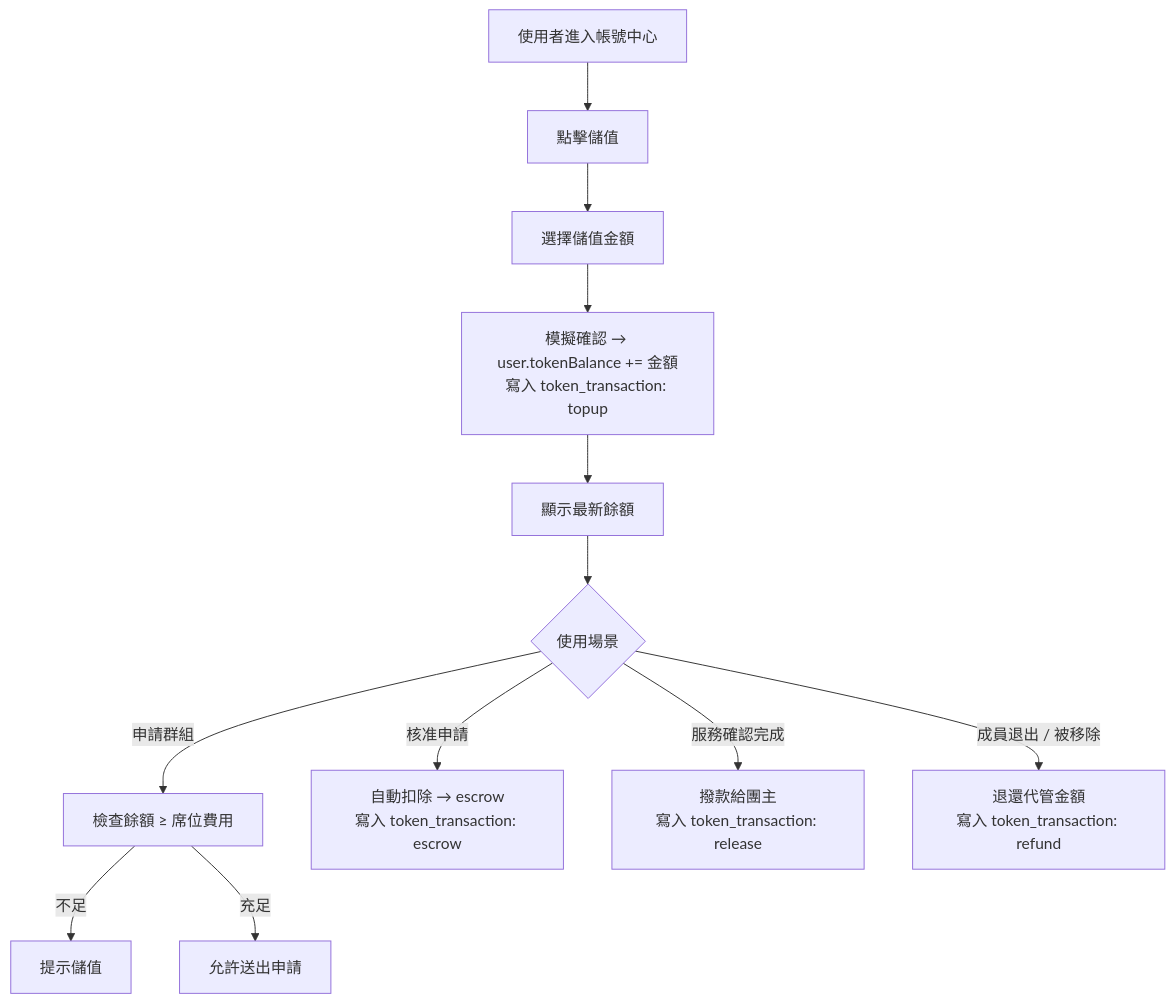
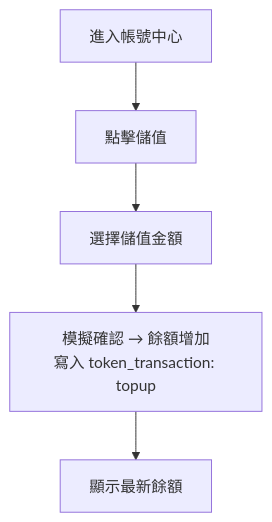
Before and after one commit to s1092055/PartyMatch: diagram 13 of 14 in docs/user-flows.md, drawn with Mermaid. The commit also changed other lines of this file and 1 other file, not shown here.

First line of the commit message:
docs: 按角色重構 user-flows，補齊流程細節

````diff
--- a/docs/user-flows.md
+++ b/docs/user-flows.md
@@ -203,14 +186,7 @@
 ```mermaid
 flowchart TD
-  A[使用者進入帳號中心] --> B[點擊儲值]
+  A[進入帳號中心] --> B[點擊儲值]
   B --> C[選擇儲值金額]
-  C --> D[模擬確認 → user.tokenBalance += 金額\n寫入 token_transaction: topup]
+  C --> D[模擬確認 → 餘額增加\n寫入 token_transaction: topup]
   D --> E[顯示最新餘額]
-  E --> F{使用場景}
-  F -->|申請群組| G[檢查餘額 ≥ 席位費用]
-  G -->|不足| H[提示儲值]
-  G -->|充足| I[允許送出申請]
-  F -->|核准申請| J[自動扣除 → escrow\n寫入 token_transaction: escrow]
-  F -->|服務確認完成| K[撥款給團主\n寫入 token_transaction: release]
-  F -->|成員退出 / 被移除| L[退還代管金額\n寫入 token_transaction: refund]
 ```
````
